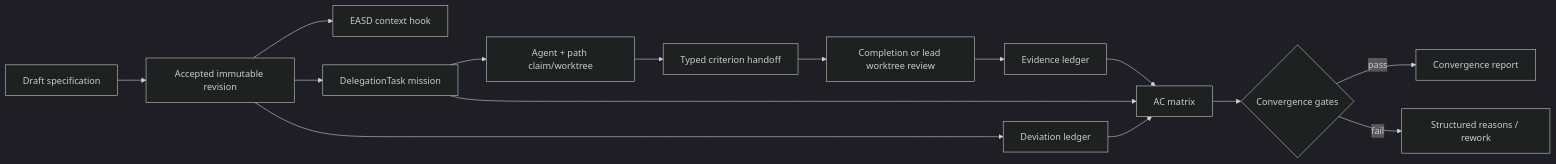
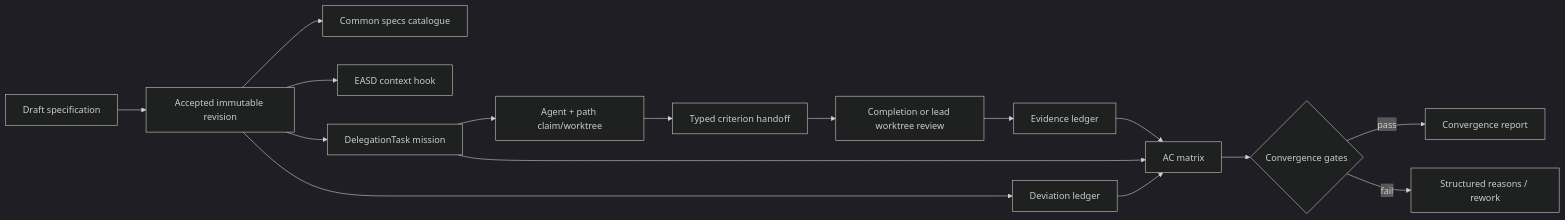
Before and after one commit to evoelsewhere/evoflux: the diagram in documents/architecture/evo-agent-specs.md, drawn with Mermaid (dark theme). The commit also changed other lines of this file and 89 other files, not shown here.

````diff
--- a/documents/architecture/evo-agent-specs.md
+++ b/documents/architecture/evo-agent-specs.md
@@ -84,17 +92,18 @@
 ```mermaid
 flowchart LR
     Draft[Draft specification] --> Accept[Accepted immutable revision]
+    Accept --> Catalogue[Common specs catalogue]
     Accept --> Context[EASD context hook]
     Accept --> Mission[DelegationTask mission]
     Mission --> Work[Agent + path claim/worktree]
     Work --> Handoff[Typed criterion handoff]
     Handoff --> Review[Completion or lead worktree review]
     Review --> Evidence[Evidence ledger]
     Accept --> Deviation[Deviation ledger]
     Evidence --> Matrix[AC matrix]
     Mission --> Matrix
     Deviation --> Matrix
     Matrix --> Gate{Convergence gates}
     Gate -->|pass| Report[Convergence report]
     Gate -->|fail| Rework[Structured reasons / rework]
 ```
````
